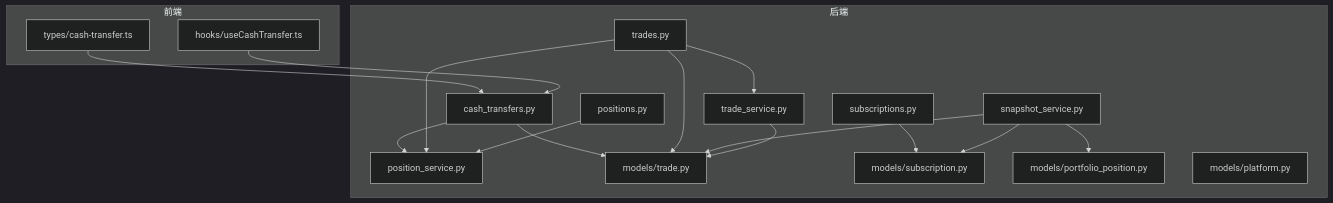
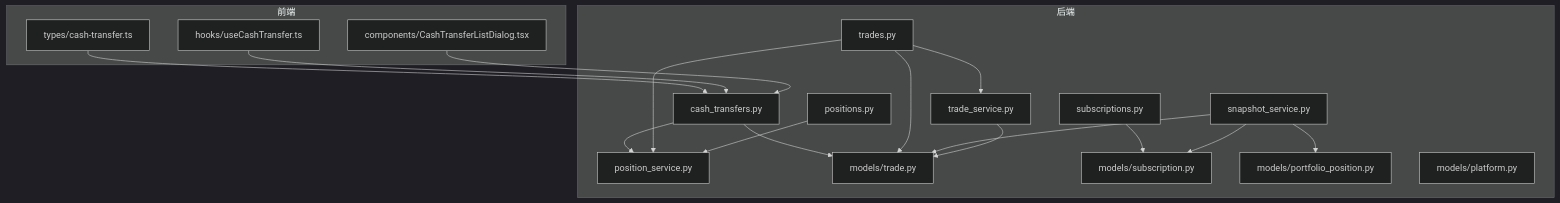
Before and after one commit to gujialind/InvestRing: the first of 9 diagrams in .qoder/repowiki/zh/content/核心业务功能/平台间现金转移系统.md, drawn with Mermaid (dark theme). The commit also changed other lines of this file and 32 other files, not shown here.

````diff
--- a/.qoder/repowiki/zh/content/核心业务功能/平台间现金转移系统.md
+++ b/.qoder/repowiki/zh/content/核心业务功能/平台间现金转移系统.md
@@ -59,33 +63,35 @@
 ```mermaid
 graph TB
 subgraph "后端"
 R1["cash_transfers.py"]
 R2["trades.py"]
 R3["subscriptions.py"]
 R4["positions.py"]
 S1["snapshot_service.py"]
 S2["position_service.py"]
 S3["trade_service.py"]
 M1["models/trade.py"]
 M2["models/subscription.py"]
 M3["models/portfolio_position.py"]
 M4["models/platform.py"]
 end
 subgraph "前端"
 F1["types/cash-transfer.ts"]
 F2["hooks/useCashTransfer.ts"]
+F3["components/CashTransferListDialog.tsx"]
 end
 F1 --> R1
 F2 --> R1
+F3 --> R1
 R1 --> S2
 R1 --> M1
 R2 --> S2
 R2 --> S3
 R2 --> M1
 R3 --> M2
 R4 --> S2
 S1 --> M3
 S1 --> M1
 S1 --> M2
 S3 --> M1
 ```
````
